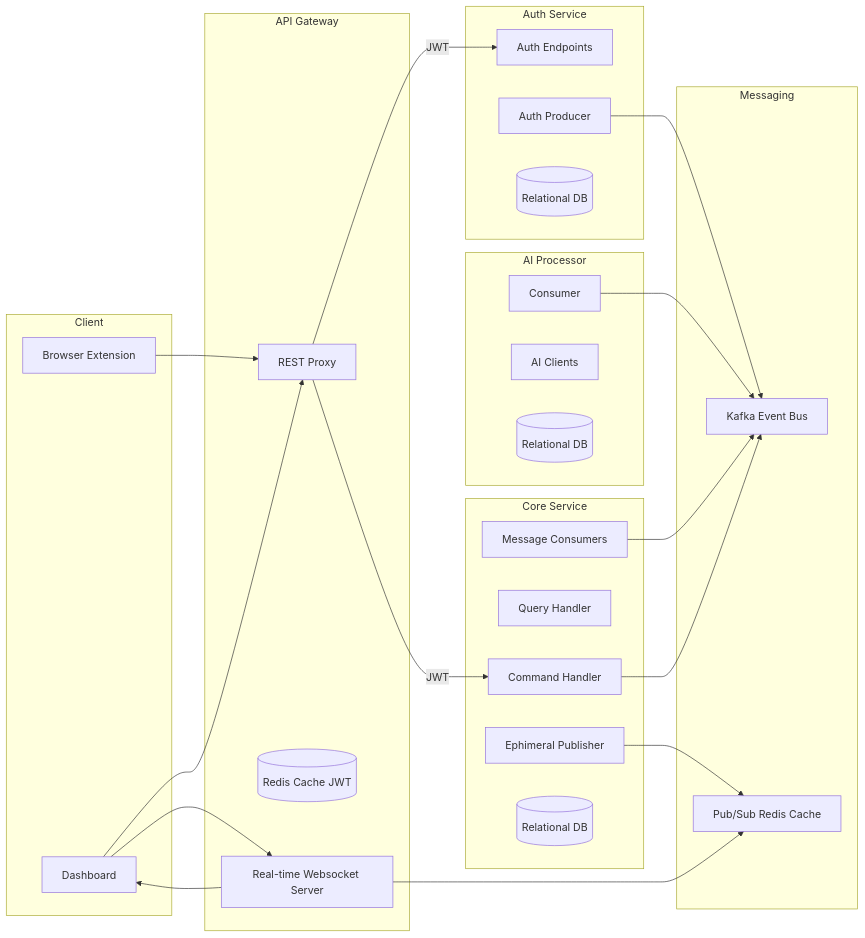
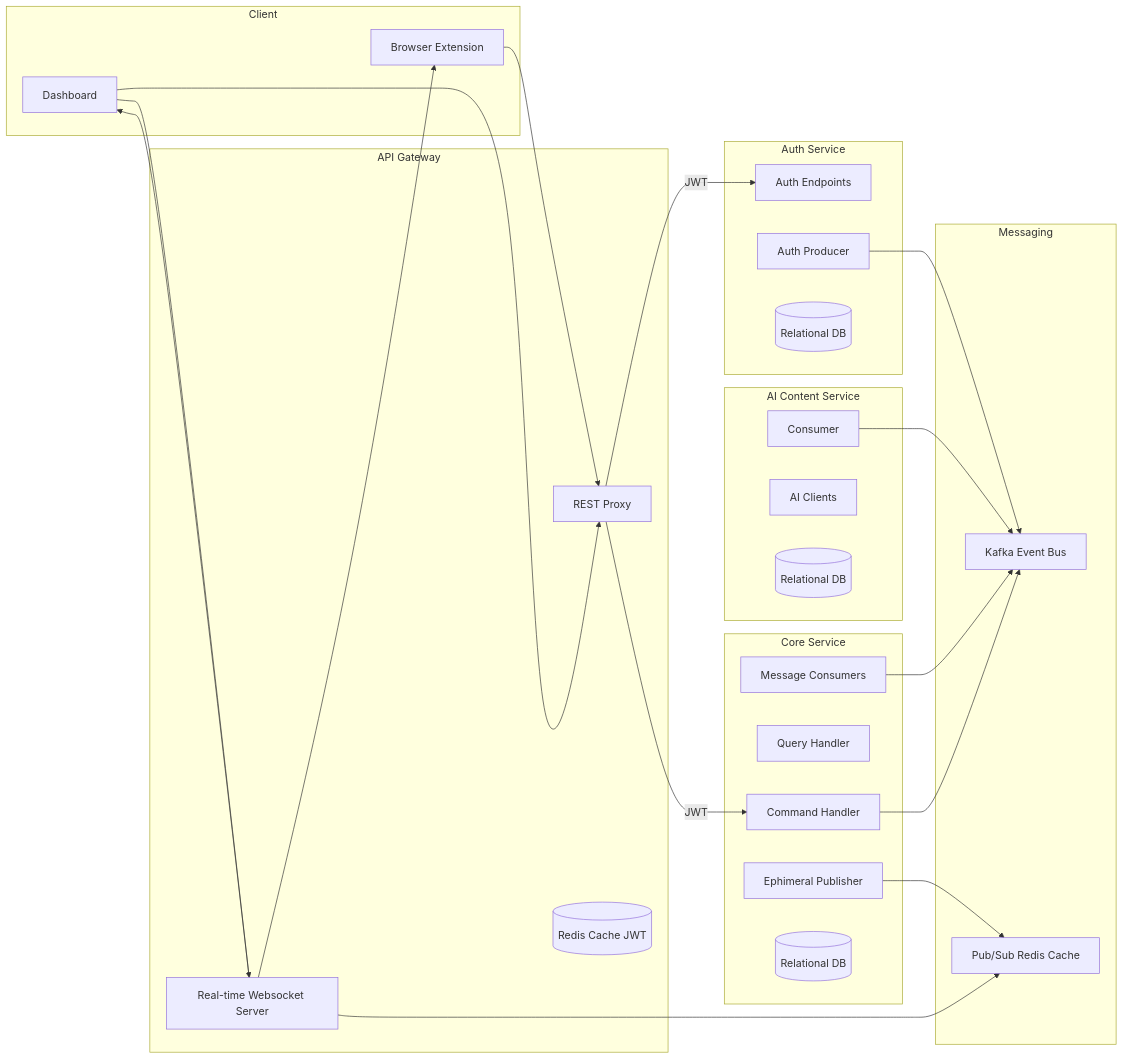
The first of 3 diagrams in README.md (rafaesc/snippetquiz), drawn with Mermaid before and after one commit. The commit also changed other lines of this file and 17 other files, not shown here.

````diff
--- a/README.md
+++ b/README.md
@@ -20,51 +20,52 @@
 ```mermaid
 flowchart LR
   subgraph Client
     D[Dashboard]
     X[Browser Extension]
   end
 
   subgraph Gateway["API Gateway"]
     G[REST Proxy]
     REDIS[(Redis Cache JWT)]
     WS[Real-time Websocket Server]
   end
 
   subgraph AuthService["Auth Service"]
     AUTH[Auth Endpoints]
     AUTHP[Auth Producer]
     PG1[(Relational DB)]
   end
 
   subgraph Core["Core Service"]
     API[Command Handler]
     QUERY[Query Handler]
     CONSUMERS[Message Consumers]
     FANOUT[Ephimeral Publisher]
     PG2[(Relational DB)]
   end
 
-  subgraph AI["AI Processor"]
+  subgraph AI["AI Content Service"]
     PYCONSUMER[Consumer]
     LLM[AI Clients]
     PG3[(Relational DB)]
   end
 
   subgraph Messaging
     K[Kafka Event Bus]
     R[Pub/Sub Redis Cache]
   end
 
   X --> G
   D --> G
   G --> |JWT| API
   G --> |JWT| AUTH
   AUTHP --> K
   PYCONSUMER --> K
   CONSUMERS --> K
   FANOUT --> R
   API --> K
   WS --> R
   WS --> D
+  WS --> X
   D --> WS
 ```
````
